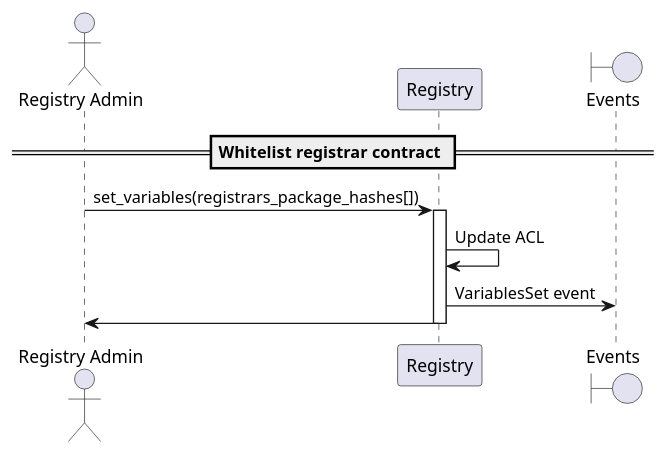
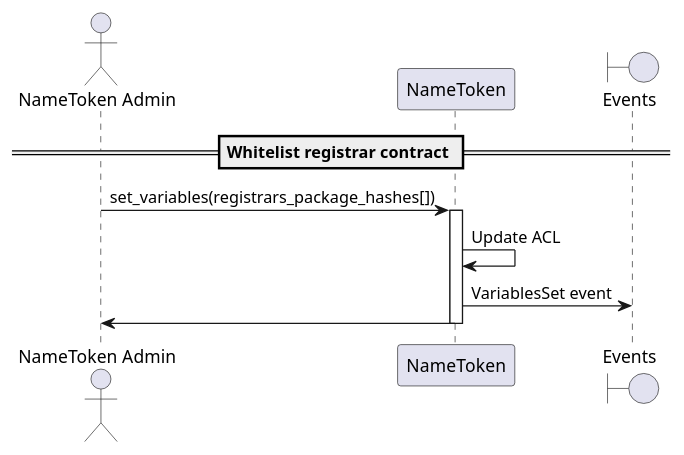
One commit to make-software/cspr-name-contracts changed the diagram in docs/sequence-diagrams/puml/whitelist-registrar.puml. Above: the diagram before and after it, drawn with PlantUML. The commit also changed 14 other files, not shown here.

Commit message:
Renamed Registry contract with NameToken in the sequence diagrams. (part 2)

```diff
--- a/docs/sequence-diagrams/puml/whitelist-registrar.puml
+++ b/docs/sequence-diagrams/puml/whitelist-registrar.puml
@@ -1,18 +1,18 @@
 @startuml
 'https://plantuml.com/sequence-diagram
 
 'autonumber
-actor "Registry Admin"
-participant "Registry"
+actor "NameToken Admin"
+participant "NameToken"
 boundary "Events"
 
 == Whitelist registrar contract ==
 
-"Registry Admin" -> "Registry": set_variables(registrars_package_hashes[])
-activate "Registry"
-Registry -> Registry: Update ACL
-Registry -> "Events": VariablesSet event
-"Registry" -> "Registry Admin"
-deactivate "Registry"
+"NameToken Admin" -> "NameToken": set_variables(registrars_package_hashes[])
+activate "NameToken"
+NameToken -> NameToken: Update ACL
+NameToken -> "Events": VariablesSet event
+"NameToken" -> "NameToken Admin"
+deactivate "NameToken"
 
 @enduml
```
